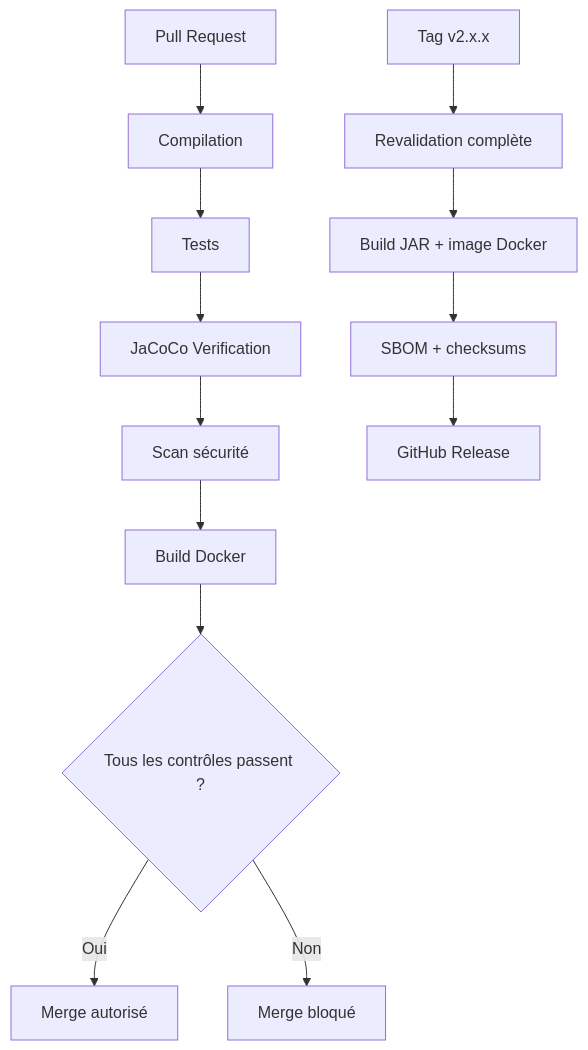
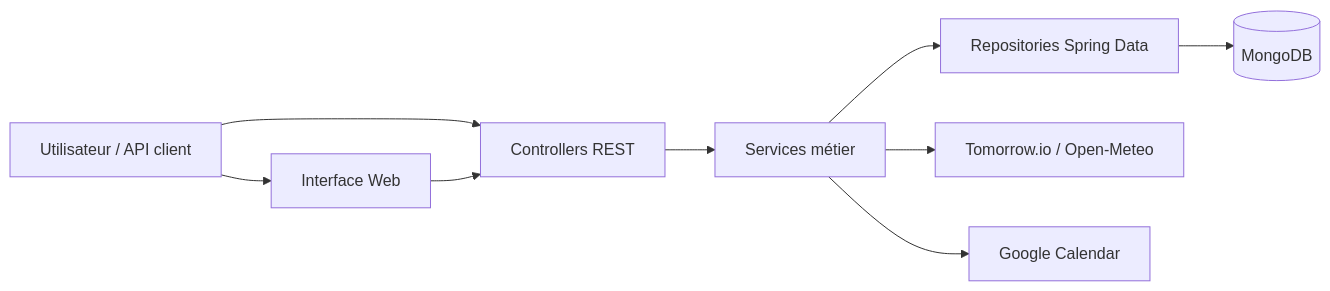
The second of 5 diagrams in docs/reports/devops-2-github-actions-report.md (fasai444/GreenDesk), drawn with Mermaid before and after one commit. The commit also changed other lines of this file and 1 other file, not shown here.

````diff
--- a/docs/reports/devops-2-github-actions-report.md
+++ b/docs/reports/devops-2-github-actions-report.md
@@ -231,16 +151,11 @@
 ```mermaid
-flowchart TD
-    A[Pull Request] --> B[Compilation]
-    B --> C[Tests]
-    C --> D[JaCoCo Verification]
-    D --> E[Scan sécurité]
-    E --> F[Build Docker]
-    F --> G{Tous les contrôles passent ?}
-    G -->|Oui| H[Merge autorisé]
-    G -->|Non| I[Merge bloqué]
-
-    J[Tag v2.x.x] --> K[Revalidation complète]
-    K --> L[Build JAR + image Docker]
-    L --> M[SBOM + checksums]
-    M --> N[GitHub Release]
+flowchart LR
+    U[Utilisateur / API client] --> UI[Interface Web]
+    U --> C[Controllers REST]
+    UI --> C
+    C --> S[Services métier]
+    S --> R[Repositories Spring Data]
+    R --> DB[(MongoDB)]
+    S --> W[Tomorrow.io / Open-Meteo]
+    S --> G[Google Calendar]
 ```
````
